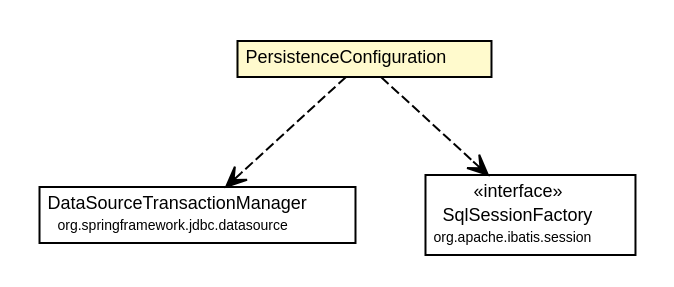
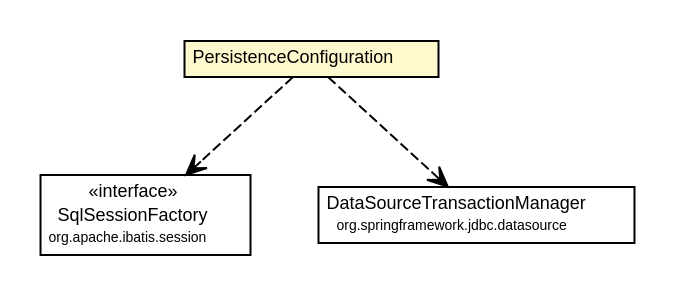
The diagram in docs/javadoc/apidocs/net/ljcomputing/config/PersistenceConfiguration.dot (willmorejg/net.ljcomputing.entity), drawn with Graphviz before and after one commit. The commit also changed 122 other files, not shown here.

```diff
--- a/docs/javadoc/apidocs/net/ljcomputing/config/PersistenceConfiguration.dot
+++ b/docs/javadoc/apidocs/net/ljcomputing/config/PersistenceConfiguration.dot
@@ -1,37 +1,37 @@
 #!/usr/local/bin/dot
 #
 # Class diagram 
 # Generated by UMLGraph version R5_6 (http://www.umlgraph.org/)
 #
 
 digraph G {
 	edge [fontname="Helvetica",fontsize=10,labelfontname="Helvetica",labelfontsize=10];
 	node [fontname="Helvetica",fontsize=10,shape=plaintext];
 	nodesep=0.25;
 	ranksep=0.5;
 	// net.ljcomputing.config.PersistenceConfiguration
-	c141 [label=<<table title="net.ljcomputing.config.PersistenceConfiguration" border="0" cellborder="1" cellspacing="0" cellpadding="2" port="p" bgcolor="lemonChiffon" href="./PersistenceConfiguration.html">
+	c142 [label=<<table title="net.ljcomputing.config.PersistenceConfiguration" border="0" cellborder="1" cellspacing="0" cellpadding="2" port="p" bgcolor="lemonChiffon" href="./PersistenceConfiguration.html">
 		<tr><td><table border="0" cellspacing="0" cellpadding="1">
 <tr><td align="center" balign="center"> PersistenceConfiguration </td></tr>
 		</table></td></tr>
 		</table>>, URL="./PersistenceConfiguration.html", fontname="Helvetica", fontcolor="black", fontsize=9.0];
+	// net.ljcomputing.config.PersistenceConfiguration DEPEND org.apache.ibatis.session.SqlSessionFactory
+	c142:p -> c144:p [taillabel="", label="", headlabel="", fontname="Helvetica", fontcolor="black", fontsize=10.0, color="black", arrowhead=open, style=dashed];
 	// net.ljcomputing.config.PersistenceConfiguration DEPEND org.springframework.jdbc.datasource.DataSourceTransactionManager
-	c141:p -> c148:p [taillabel="", label="", headlabel="", fontname="Helvetica", fontcolor="black", fontsize=10.0, color="black", arrowhead=open, style=dashed];
-	// net.ljcomputing.config.PersistenceConfiguration DEPEND org.apache.ibatis.session.SqlSessionFactory
-	c141:p -> c150:p [taillabel="", label="", headlabel="", fontname="Helvetica", fontcolor="black", fontsize=10.0, color="black", arrowhead=open, style=dashed];
+	c142:p -> c151:p [taillabel="", label="", headlabel="", fontname="Helvetica", fontcolor="black", fontsize=10.0, color="black", arrowhead=open, style=dashed];
 	// org.springframework.jdbc.datasource.DataSourceTransactionManager
-	c148 [label=<<table title="org.springframework.jdbc.datasource.DataSourceTransactionManager" border="0" cellborder="1" cellspacing="0" cellpadding="2" port="p">
+	c151 [label=<<table title="org.springframework.jdbc.datasource.DataSourceTransactionManager" border="0" cellborder="1" cellspacing="0" cellpadding="2" port="p">
 		<tr><td><table border="0" cellspacing="0" cellpadding="1">
 <tr><td align="center" balign="center"> DataSourceTransactionManager </td></tr>
 <tr><td align="center" balign="center"><font point-size="7.0"> org.springframework.jdbc.datasource </font></td></tr>
 		</table></td></tr>
 		</table>>, URL="null", fontname="Helvetica", fontcolor="black", fontsize=9.0];
 	// org.apache.ibatis.session.SqlSessionFactory
-	c150 [label=<<table title="org.apache.ibatis.session.SqlSessionFactory" border="0" cellborder="1" cellspacing="0" cellpadding="2" port="p">
+	c144 [label=<<table title="org.apache.ibatis.session.SqlSessionFactory" border="0" cellborder="1" cellspacing="0" cellpadding="2" port="p">
 		<tr><td><table border="0" cellspacing="0" cellpadding="1">
 <tr><td align="center" balign="center"> &#171;interface&#187; </td></tr>
 <tr><td align="center" balign="center"> SqlSessionFactory </td></tr>
 <tr><td align="center" balign="center"><font point-size="7.0"> org.apache.ibatis.session </font></td></tr>
 		</table></td></tr>
 		</table>>, URL="null", fontname="Helvetica", fontcolor="black", fontsize=9.0];
 }
```
